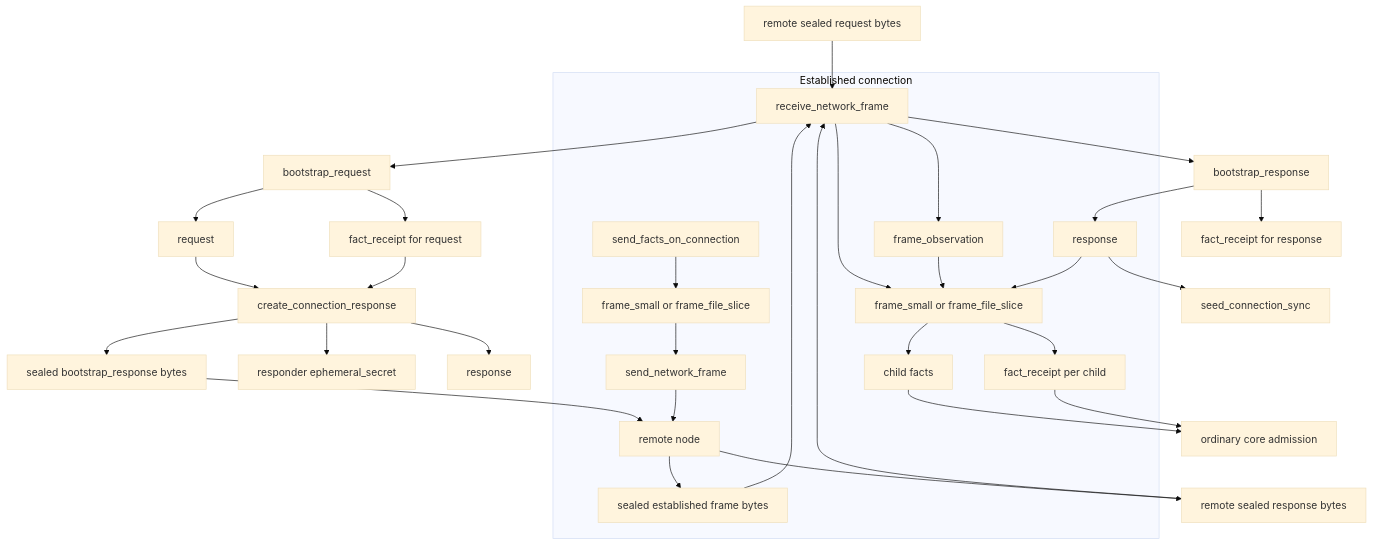
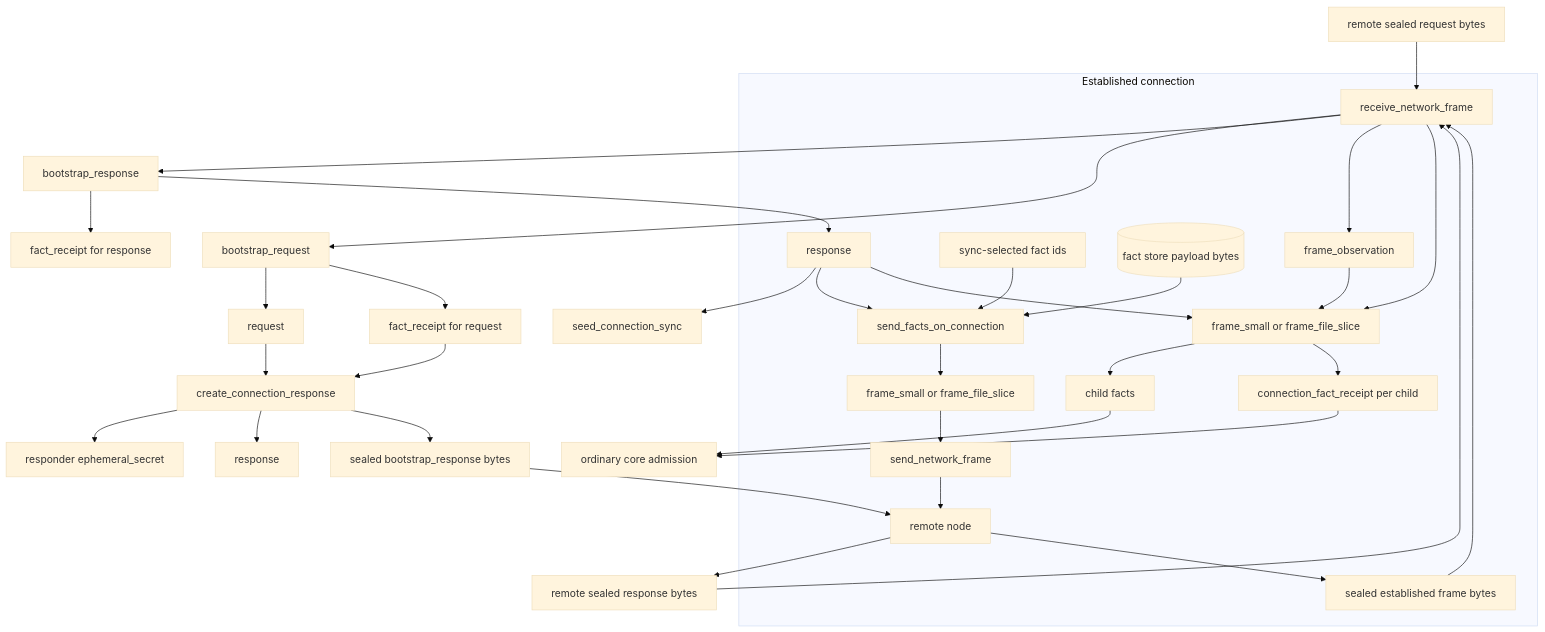
The fourth of 8 diagrams in ARCHITECTURE_DIAGRAMS.md (holmesworcester/poc-10), drawn with Mermaid (base theme) before and after one commit. The commit also changed other lines of this file and 1 other file, not shown here.

Commit message:
Clarify architecture context diagrams

````diff
--- a/ARCHITECTURE_DIAGRAMS.md
+++ b/ARCHITECTURE_DIAGRAMS.md
@@ -161,38 +169,41 @@
 ```mermaid
 %%{init: {"flowchart": {"wrappingWidth": 340}} }%%
 flowchart TD
     REMOTE_REQ["remote sealed request bytes"] --> RECEIVE["receive_network_frame"]
     RECEIVE --> BOOT_REQ["bootstrap_request"]
     BOOT_REQ --> REQ["request"]
     BOOT_REQ --> REC1["fact_receipt for request"]
     REQ --> CREATE_RESP["create_connection_response"]
     REC1 --> CREATE_RESP
     CREATE_RESP --> RESP_SECRET["responder ephemeral_secret"]
     CREATE_RESP --> RESP["response"]
     CREATE_RESP --> BOOT_RESP_OUT["sealed bootstrap_response bytes"]
     BOOT_RESP_OUT --> PEER["remote node"]
 
     PEER --> REMOTE_RESP["remote sealed response bytes"]
     REMOTE_RESP --> RECEIVE
     RECEIVE --> BOOT_RESP["bootstrap_response"]
     BOOT_RESP --> RESP_LOCAL["response"]
     BOOT_RESP --> REC2["fact_receipt for response"]
     RESP_LOCAL --> SEED["seed_connection_sync"]
 
     subgraph ESTABLISHED["Established connection"]
-      SEND_IDS["send_facts_on_connection"] --> FRAME_OUT["frame_small or frame_file_slice"]
+      SYNC_IDS["sync-selected fact ids"] --> SEND_IDS["send_facts_on_connection"]
+      RESP_LOCAL --> SEND_IDS
+      FACT_STORE[("fact store payload bytes")] --> SEND_IDS
+      SEND_IDS --> FRAME_OUT["frame_small or frame_file_slice"]
       FRAME_OUT --> NETWORK["send_network_frame"]
       NETWORK --> PEER
       PEER --> FRAME_IN_BYTES["sealed established frame bytes"]
       FRAME_IN_BYTES --> RECEIVE
       RECEIVE --> OBS["frame_observation"]
       RECEIVE --> FRAME_IN["frame_small or frame_file_slice"]
       OBS --> FRAME_IN
       RESP_LOCAL --> FRAME_IN
       FRAME_IN --> CHILD["child facts"]
-      FRAME_IN --> REC_CHILD["fact_receipt per child"]
+      FRAME_IN --> REC_CHILD["connection_fact_receipt per child"]
     end
 
     CHILD --> CORE["ordinary core admission"]
     REC_CHILD --> CORE
 ```
````
